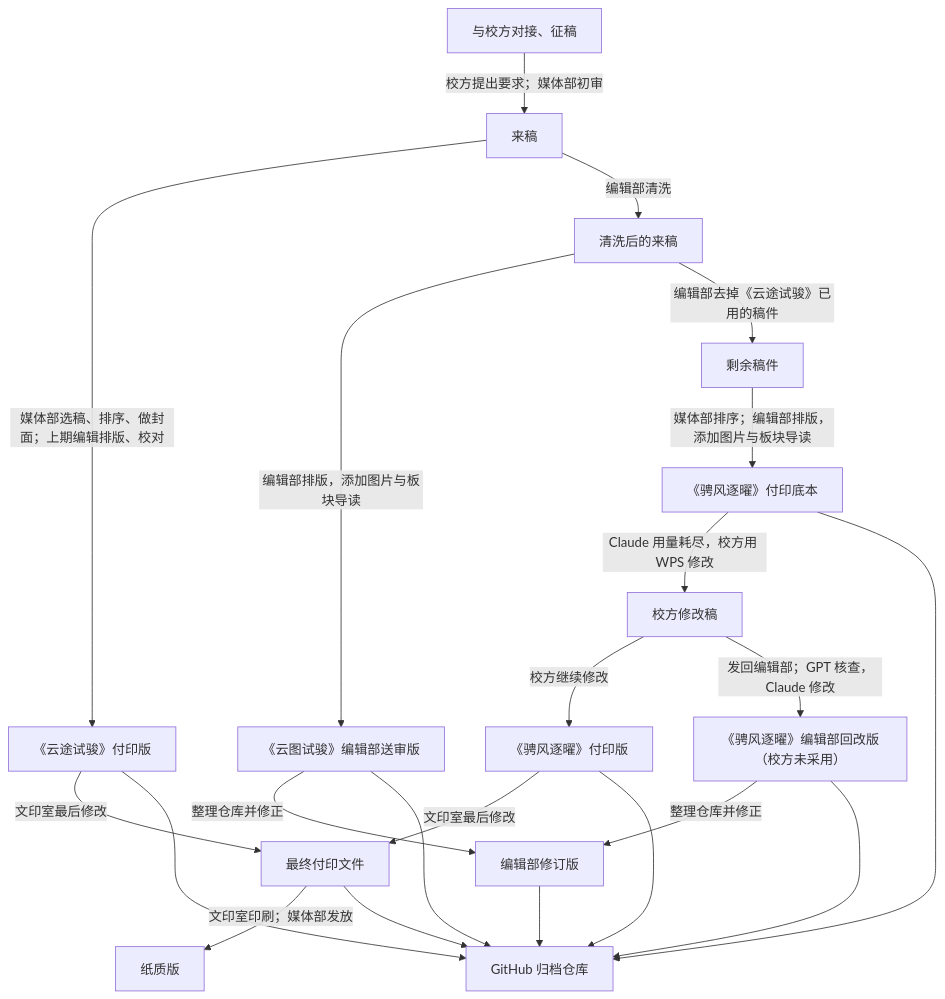
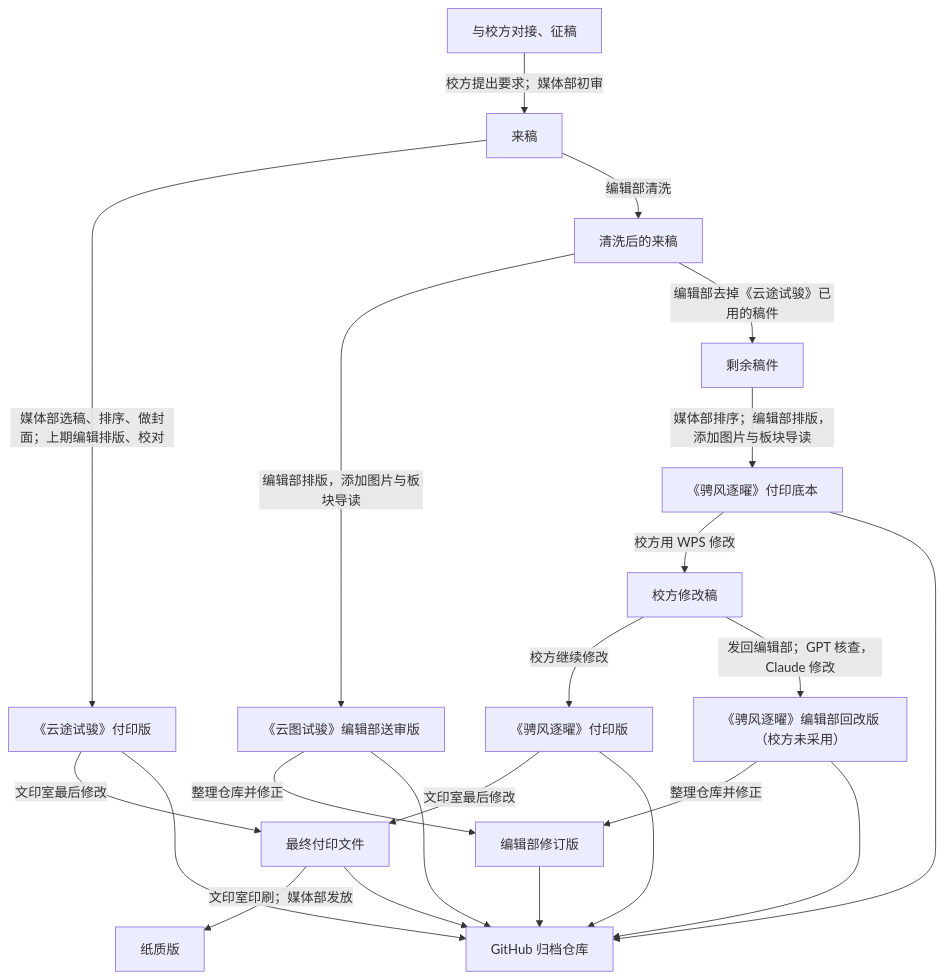
One commit to Yinzhou-High-School-Campus-Journal/Sports-Day-Issues-2026 changed the diagram in README.md. Above: the diagram before and after it, drawn with Mermaid. The commit also changed other lines of this file and 5 other files, not shown here.

First line of the commit message:
修正文档：流程图、文印室的修改与可复现的前提，两期版本记录体例统一

````diff
--- a/README.md
+++ b/README.md
@@ -40,20 +40,20 @@
 ```mermaid
 flowchart TD
   S["与校方对接、征稿"] -->|"校方提出要求；媒体部初审"| A["来稿"]
 
   A -->|"媒体部选稿、排序、做封面；上期编辑排版、校对"| B["《云途试骏》付印版"]
   A -->|"编辑部清洗"| C["清洗后的来稿"]
 
   C -->|"编辑部排版，添加图片与板块导读"| D["《云图试骏》编辑部送审版"]
   C -->|"编辑部去掉《云途试骏》已用的稿件"| E["剩余稿件"]
 
   E -->|"媒体部排序；编辑部排版，添加图片与板块导读"| F["《骋风逐曜》付印底本"]
-  F -->|"Claude 用量耗尽，校方用 WPS 修改"| G1["校方修改稿"]
+  F -->|"校方用 WPS 修改"| G1["校方修改稿"]
   G1 -->|"校方继续修改"| G["《骋风逐曜》付印版"]
   G1 -->|"发回编辑部；GPT 核查，Claude 修改"| K["《骋风逐曜》编辑部回改版（校方未采用）"]
 
   B & G -->|"文印室最后修改"| P["最终付印文件"]
   P -->|"文印室印刷；媒体部发放"| H["纸质版"]
   D & K -->|"整理仓库并修正"| J["编辑部修订版"]
   B & D & F & G & K & P & J --> I["GitHub 归档仓库"]
 ```
````
